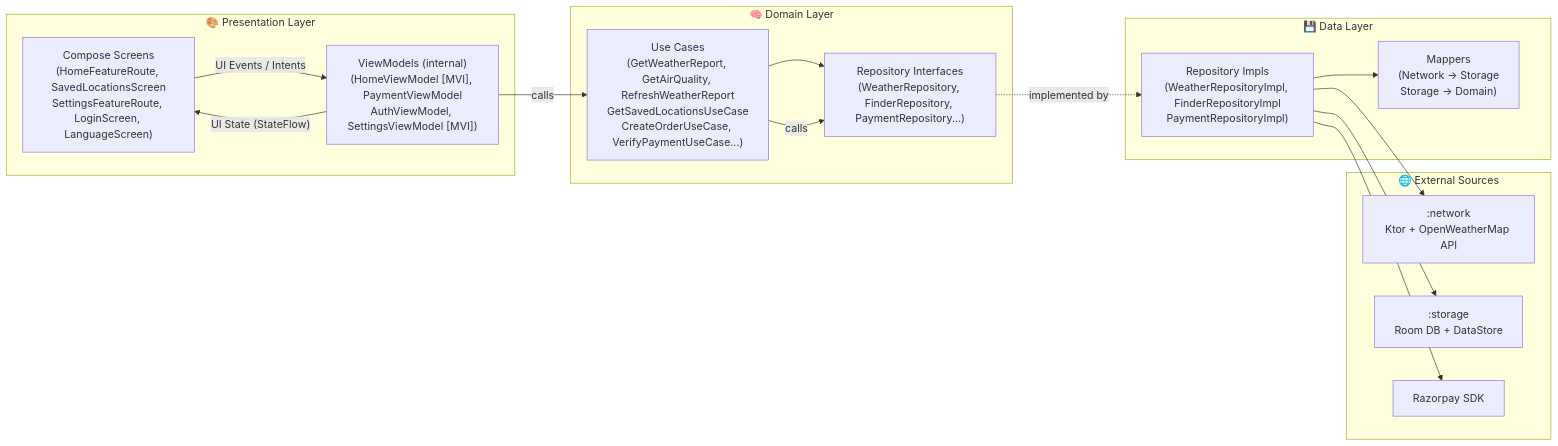
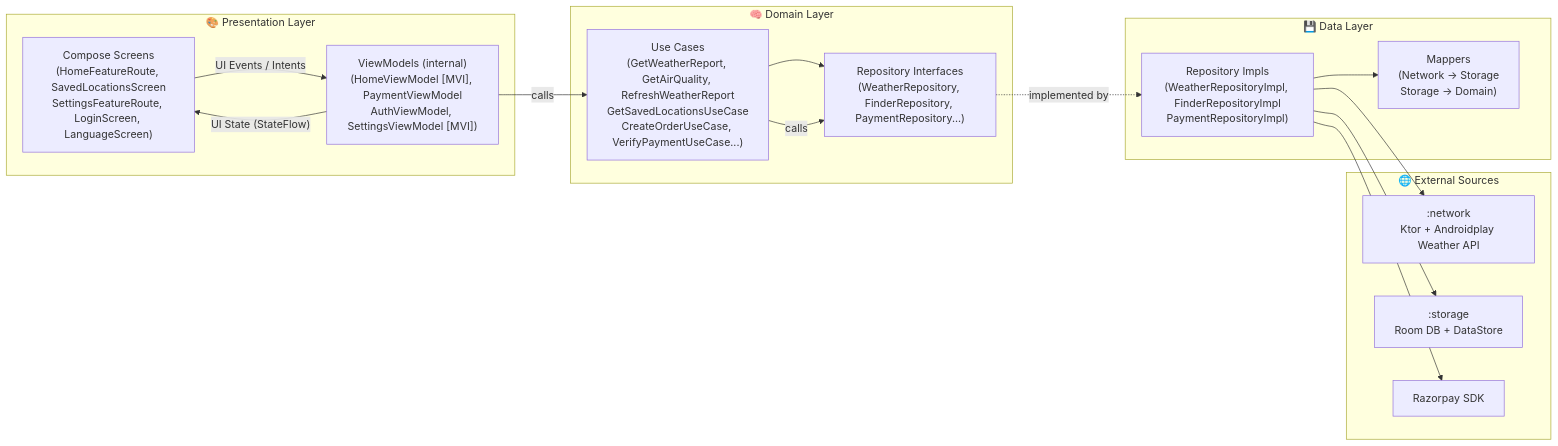
One commit to bosankus/Compose-Weatherify changed the second of 3 diagrams in README.md. Above: the diagram before and after it, drawn with Mermaid. The commit also changed other lines of this file and 15 other files, not shown here.

````diff
--- a/README.md
+++ b/README.md
@@ -124,34 +124,34 @@
 ```mermaid
 graph LR
     subgraph Presentation["🎨 Presentation Layer"]
         UI["Compose Screens\n(HomeFeatureRoute, SavedLocationsScreen\nSettingsFeatureRoute, LoginScreen, LanguageScreen)"]
         VM["ViewModels (internal)\n(HomeViewModel [MVI], PaymentViewModel\nAuthViewModel, SettingsViewModel [MVI])"]
         UI -- "UI Events / Intents" --> VM
         VM -- "UI State (StateFlow)" --> UI
     end
 
     subgraph Domain["🧠 Domain Layer"]
         UC["Use Cases\n(GetWeatherReport, GetAirQuality, RefreshWeatherReport\nGetSavedLocationsUseCase\nCreateOrderUseCase, VerifyPaymentUseCase...)"]
         REPO_IF["Repository Interfaces\n(WeatherRepository, FinderRepository, PaymentRepository...)"]
         UC --> REPO_IF
     end
 
     subgraph Data["💾 Data Layer"]
         REPO_IMPL["Repository Impls\n(WeatherRepositoryImpl, FinderRepositoryImpl\nPaymentRepositoryImpl)"]
         MAPPER["Mappers\n(Network → Storage\nStorage → Domain)"]
         REPO_IMPL --> MAPPER
     end
 
     subgraph External["🌐 External Sources"]
-        NET[":network\nKtor + OpenWeatherMap API"]
+        NET[":network\nKtor + Androidplay Weather API"]
         DB[":storage\nRoom DB + DataStore"]
         PAY["Razorpay SDK"]
     end
 
     VM -- "calls" --> UC
     UC -- "calls" --> REPO_IF
     REPO_IF -. "implemented by" .-> REPO_IMPL
     REPO_IMPL --> NET
     REPO_IMPL --> DB
     REPO_IMPL --> PAY
 ```
````
